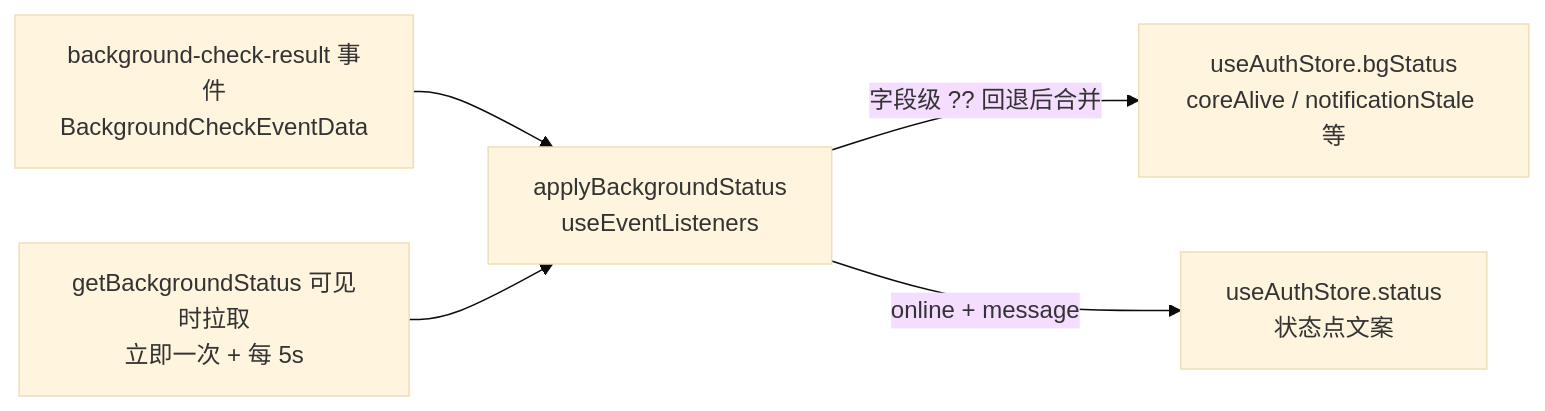
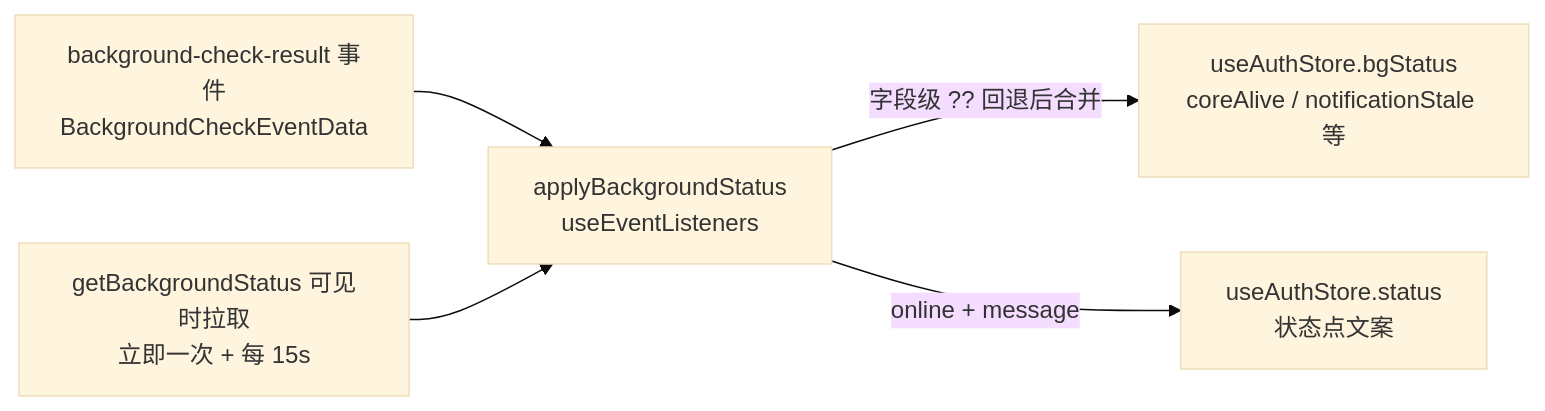
Before and after one commit to ikliml666/Wxxy-CampusLogin: the second of 4 diagrams in .codewiki/modules/android-frontend-monitoring-network.md, drawn with Mermaid (base theme). The commit also changed other lines of this file and 3 other files, not shown here.

````diff
--- a/.codewiki/modules/android-frontend-monitoring-network.md
+++ b/.codewiki/modules/android-frontend-monitoring-network.md
@@ -146,7 +187,7 @@
 ```mermaid
 flowchart LR
     E["background-check-result 事件<br/>BackgroundCheckEventData"] --> F["applyBackgroundStatus<br/>useEventListeners"]
-    P["getBackgroundStatus 可见时拉取<br/>立即一次 + 每 5s"] --> F
+    P["getBackgroundStatus 可见时拉取<br/>立即一次 + 每 15s"] --> F
     F -->|"字段级 ?? 回退后合并"| BS["useAuthStore.bgStatus<br/>coreAlive / notificationStale 等"]
     F -->|"online + message"| ST["useAuthStore.status<br/>状态点文案"]
 ```
````
